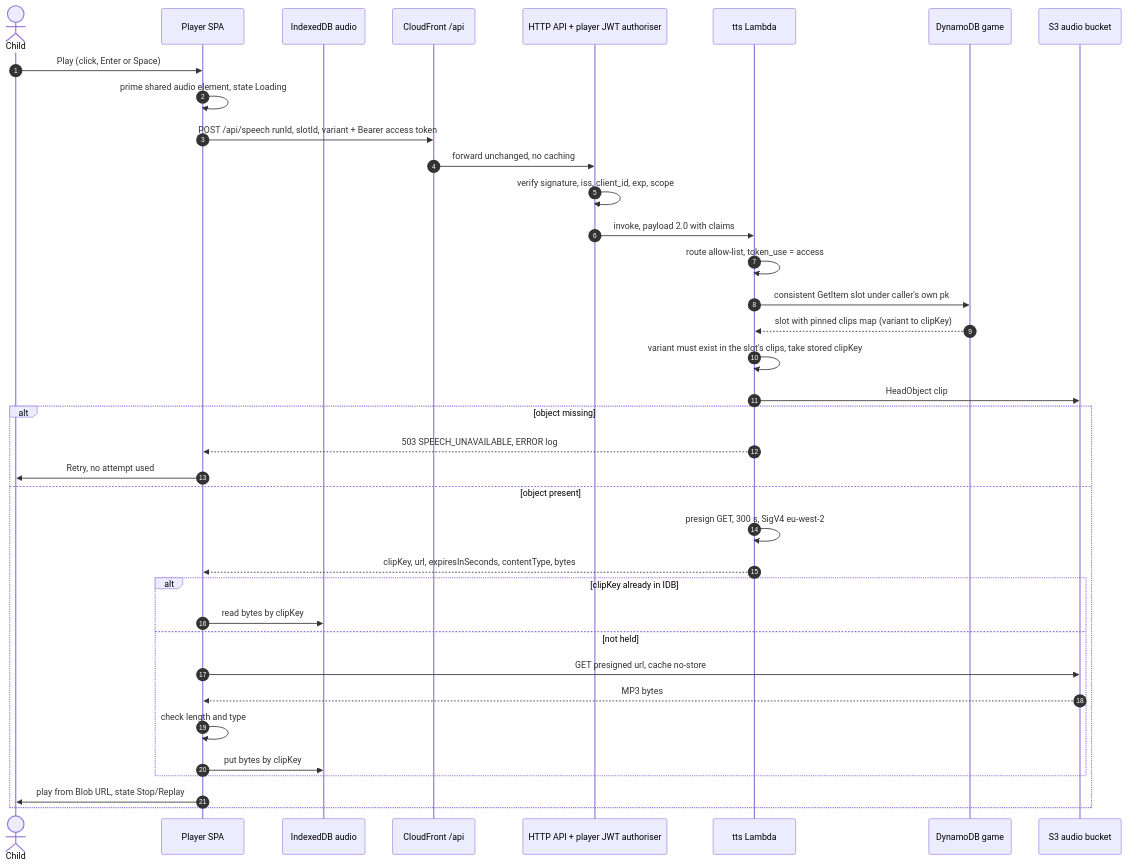
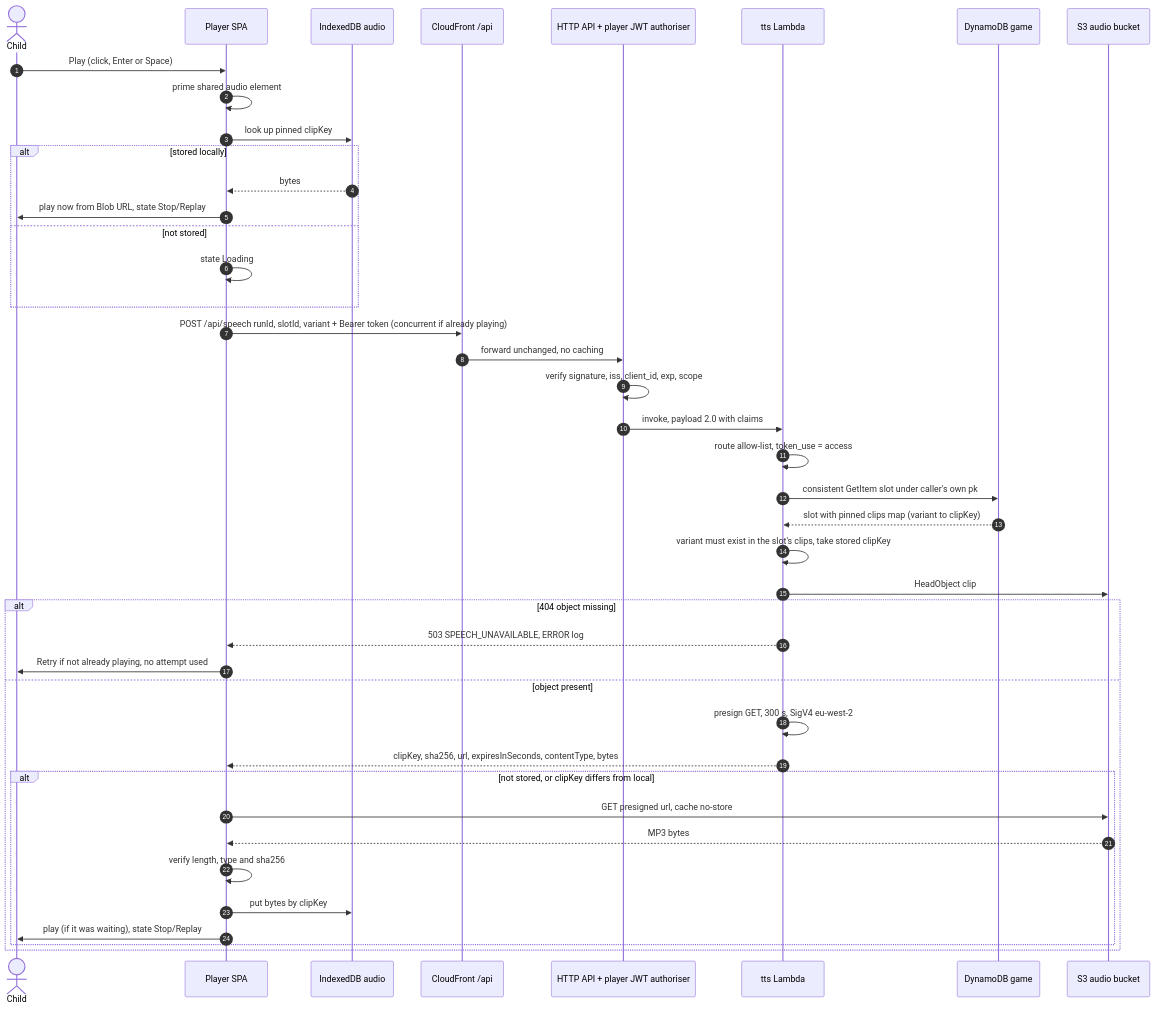
Before and after one commit to jacklavelle286/space-tower-defence: the third of 6 diagrams in docs/plan/E-architecture.md, drawn with Mermaid. The commit also changed other lines of this file and 6 other files, not shown here.

````diff
--- a/docs/plan/E-architecture.md
+++ b/docs/plan/E-architecture.md
@@ -334,40 +389,45 @@
 ```mermaid
 sequenceDiagram
   autonumber
   actor Child
   participant UI as Player SPA
   participant IDB as IndexedDB audio
   participant CF as CloudFront /api
   participant GW as HTTP API + player JWT authoriser
   participant T as tts Lambda
   participant G as DynamoDB game
   participant S3 as S3 audio bucket
 
   Child->>UI: Play (click, Enter or Space)
-  UI->>UI: prime shared audio element, state Loading
-  UI->>CF: POST /api/speech runId, slotId, variant + Bearer access token
+  UI->>UI: prime shared audio element
+  UI->>IDB: look up pinned clipKey
+  alt stored locally
+    IDB-->>UI: bytes
+    UI->>Child: play now from Blob URL, state Stop/Replay
+  else not stored
+    UI->>UI: state Loading
+  end
+  UI->>CF: POST /api/speech runId, slotId, variant + Bearer token (concurrent if already playing)
   CF->>GW: forward unchanged, no caching
   GW->>GW: verify signature, iss, client_id, exp, scope
   GW->>T: invoke, payload 2.0 with claims
   T->>T: route allow-list, token_use = access
   T->>G: consistent GetItem slot under caller's own pk
   G-->>T: slot with pinned clips map (variant to clipKey)
   T->>T: variant must exist in the slot's clips, take stored clipKey
   T->>S3: HeadObject clip
-  alt object missing
+  alt 404 object missing
     T-->>UI: 503 SPEECH_UNAVAILABLE, ERROR log
-    UI->>Child: Retry, no attempt used
+    UI->>Child: Retry if not already playing, no attempt used
   else object present
     T->>T: presign GET, 300 s, SigV4 eu-west-2
-    T-->>UI: clipKey, url, expiresInSeconds, contentType, bytes
-    alt clipKey already in IDB
-      UI->>IDB: read bytes by clipKey
-    else not held
+    T-->>UI: clipKey, sha256, url, expiresInSeconds, contentType, bytes
+    alt not stored, or clipKey differs from local
       UI->>S3: GET presigned url, cache no-store
       S3-->>UI: MP3 bytes
-      UI->>UI: check length and type
+      UI->>UI: verify length, type and sha256
       UI->>IDB: put bytes by clipKey
+      UI->>Child: play (if it was waiting), state Stop/Replay
     end
-    UI->>Child: play from Blob URL, state Stop/Replay
   end
 ```
````
